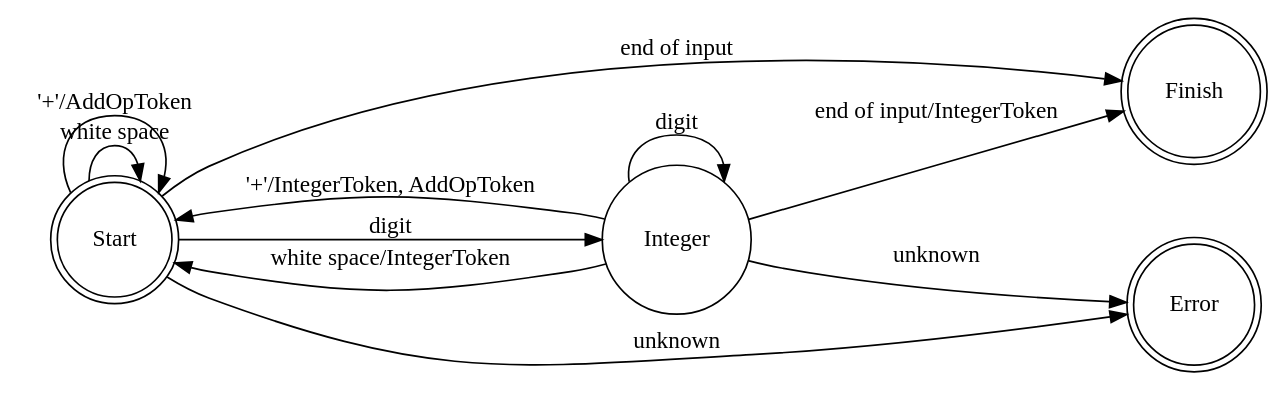
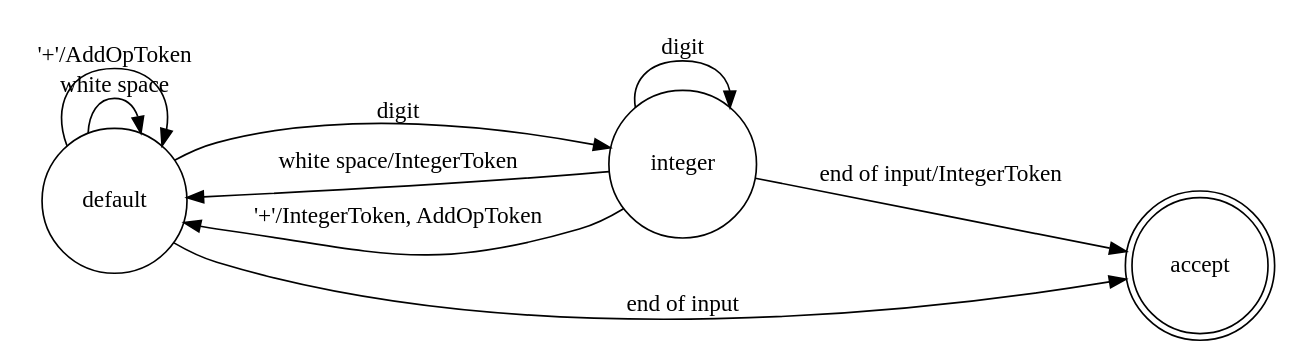
The diagram in example02.dot (nau-comp3320/homework01), drawn with Graphviz before and after one commit. The commit also changed 2 other files, not shown here.

Commit message:
Remove error state from DFA (it's implied), add state transition table

```diff
--- a/example02.dot
+++ b/example02.dot
@@ -1,22 +1,24 @@
 digraph G {
   rankdir = LR;
   node [shape="circle"];
 
+
+  Start [label="default"];
+  Integer [label="integer"];
+  Finish [label="accept"];
 
   Start -> Start [label = "white space"];
 
   Start -> Integer [label = "digit"];
   Integer -> Integer [label = "digit"];
   Integer -> Start [label="white space/IntegerToken"];
   Integer -> Finish [label="end of input/IntegerToken"];
 
-  Start, Integer -> Error  [label="unknown"];
-
   Start -> Finish [label="end of input"];
 
-  Start, Error, Finish [shape="doublecircle"];
+  Finish [shape="doublecircle"];
 
   Start -> Start [label="'+'/AddOpToken"];
 
   Integer -> Start [label="'+'/IntegerToken, AddOpToken"];
 }
```
